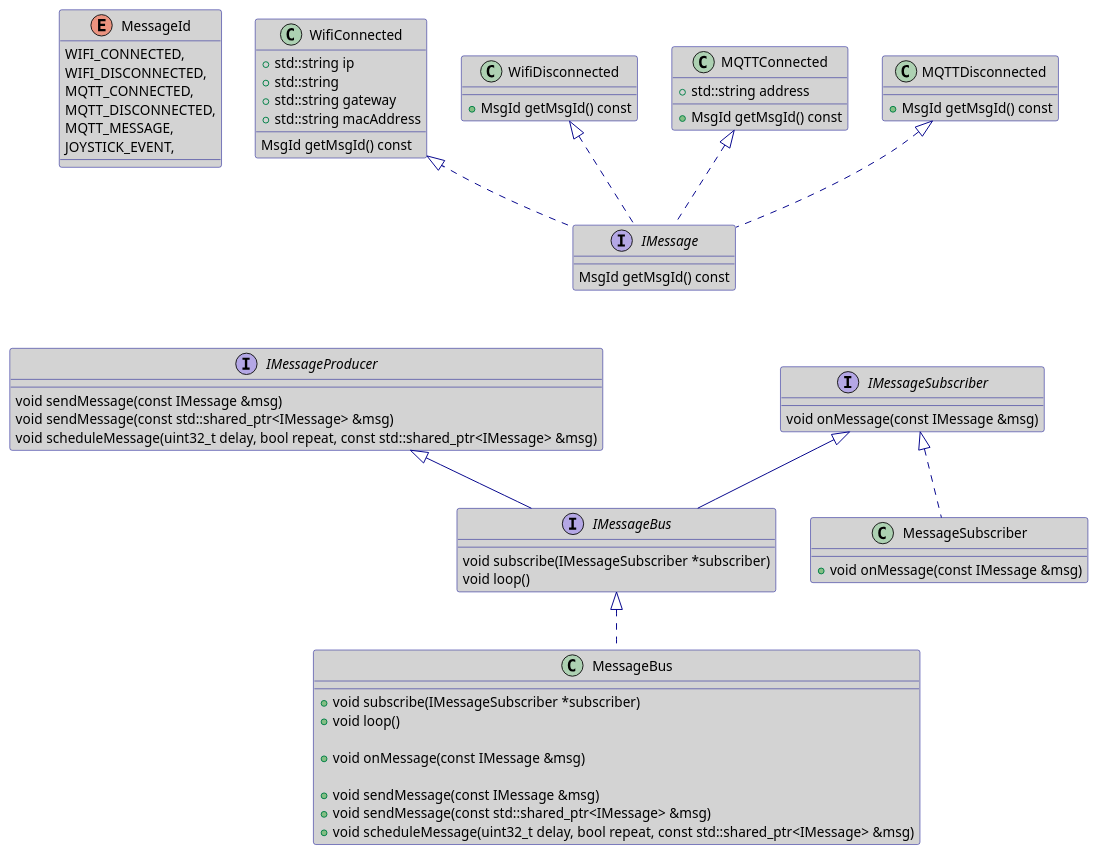
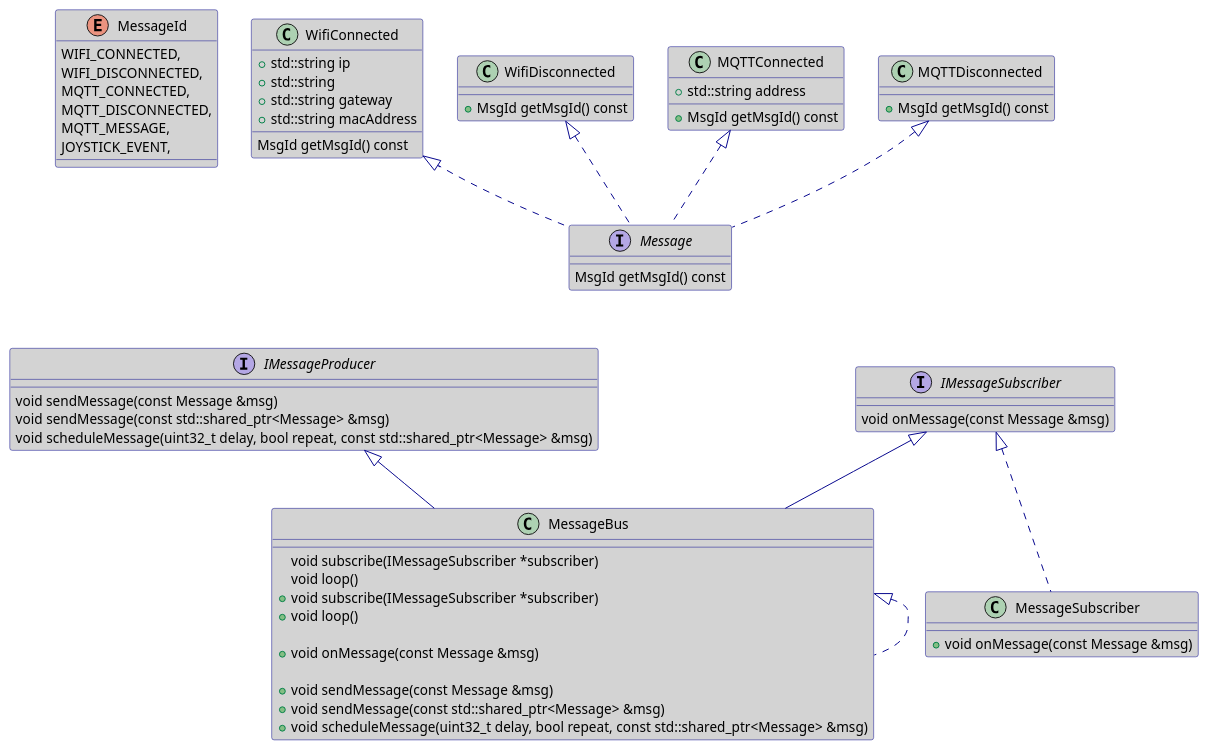
The diagram in puml/MessageBus.puml (darvik80/esp32-core), drawn with PlantUML before and after one commit. The commit also changed 21 other files, not shown here.

```diff
--- a/puml/MessageBus.puml
+++ b/puml/MessageBus.puml
@@ -1,91 +1,91 @@
 @startuml
 'https://plantuml.com/class-diagram
 
 skinparam backgroundcolor White
 skinparam classBackgroundColor LightGray
 skinparam arrowColor DarkBlue
 skinparam classBorderColor DarkBlue
 
 enum MessageId {
     WIFI_CONNECTED,
     WIFI_DISCONNECTED,
     MQTT_CONNECTED,
     MQTT_DISCONNECTED,
     MQTT_MESSAGE,
     JOYSTICK_EVENT,
 }
 
-interface IMessage {
+interface Message {
     MsgId getMsgId() const
 }
 
 class WifiConnected {
     +std::string ip
     +std::string
     +std::string gateway
     +std::string macAddress
 
     MsgId getMsgId() const
 }
 
-WifiConnected <|.. IMessage
+WifiConnected <|.. Message
 
 class WifiDisconnected {
     +MsgId getMsgId() const
 }
 
-WifiDisconnected <|.. IMessage
+WifiDisconnected <|.. Message
 
 class MQTTConnected {
     +std::string address
     +MsgId getMsgId() const
 }
 
-MQTTConnected <|.. IMessage
+MQTTConnected <|.. Message
 
 class MQTTDisconnected {
     +MsgId getMsgId() const
 }
 
-MQTTDisconnected <|.. IMessage
+MQTTDisconnected <|.. Message
 
 interface IMessageSubscriber {
-    void onMessage(const IMessage &msg)
+    void onMessage(const Message &msg)
 }
 
 interface IMessageProducer {
-    void sendMessage(const IMessage &msg)
-    void sendMessage(const std::shared_ptr<IMessage> &msg)
-    void scheduleMessage(uint32_t delay, bool repeat, const std::shared_ptr<IMessage> &msg)
+    void sendMessage(const Message &msg)
+    void sendMessage(const std::shared_ptr<Message> &msg)
+    void scheduleMessage(uint32_t delay, bool repeat, const std::shared_ptr<Message> &msg)
 }
 
-interface IMessageBus {
+interface MessageBus {
     void subscribe(IMessageSubscriber *subscriber)
     void loop()
 }
 
-IMessageProducer <|-- IMessageBus
-IMessageSubscriber <|-- IMessageBus
+IMessageProducer <|-- MessageBus
+IMessageSubscriber <|-- MessageBus
 
 class MessageSubscriber {
-    +void onMessage(const IMessage &msg)
+    +void onMessage(const Message &msg)
 }
 
 IMessageSubscriber <|.. MessageSubscriber
 
 class MessageBus {
     +void subscribe(IMessageSubscriber *subscriber)
     +void loop()
 
-    +void onMessage(const IMessage &msg)
+    +void onMessage(const Message &msg)
 
-    +void sendMessage(const IMessage &msg)
-    +void sendMessage(const std::shared_ptr<IMessage> &msg)
-    +void scheduleMessage(uint32_t delay, bool repeat, const std::shared_ptr<IMessage> &msg)
+    +void sendMessage(const Message &msg)
+    +void sendMessage(const std::shared_ptr<Message> &msg)
+    +void scheduleMessage(uint32_t delay, bool repeat, const std::shared_ptr<Message> &msg)
 }
 
-IMessageBus <|.. MessageBus
+MessageBus <|.. MessageBus
 
-IMessage --d[hidden]-> IMessageBus
+Message --d[hidden]-> MessageBus
 
 @enduml
```
